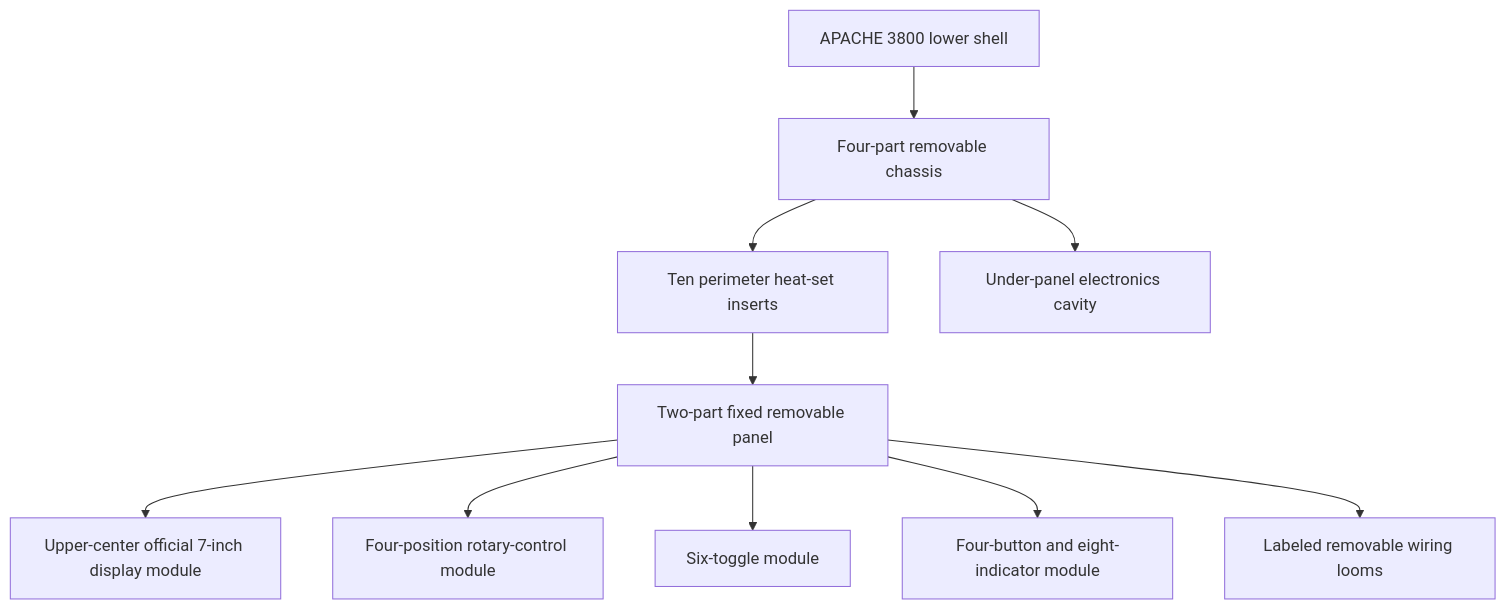
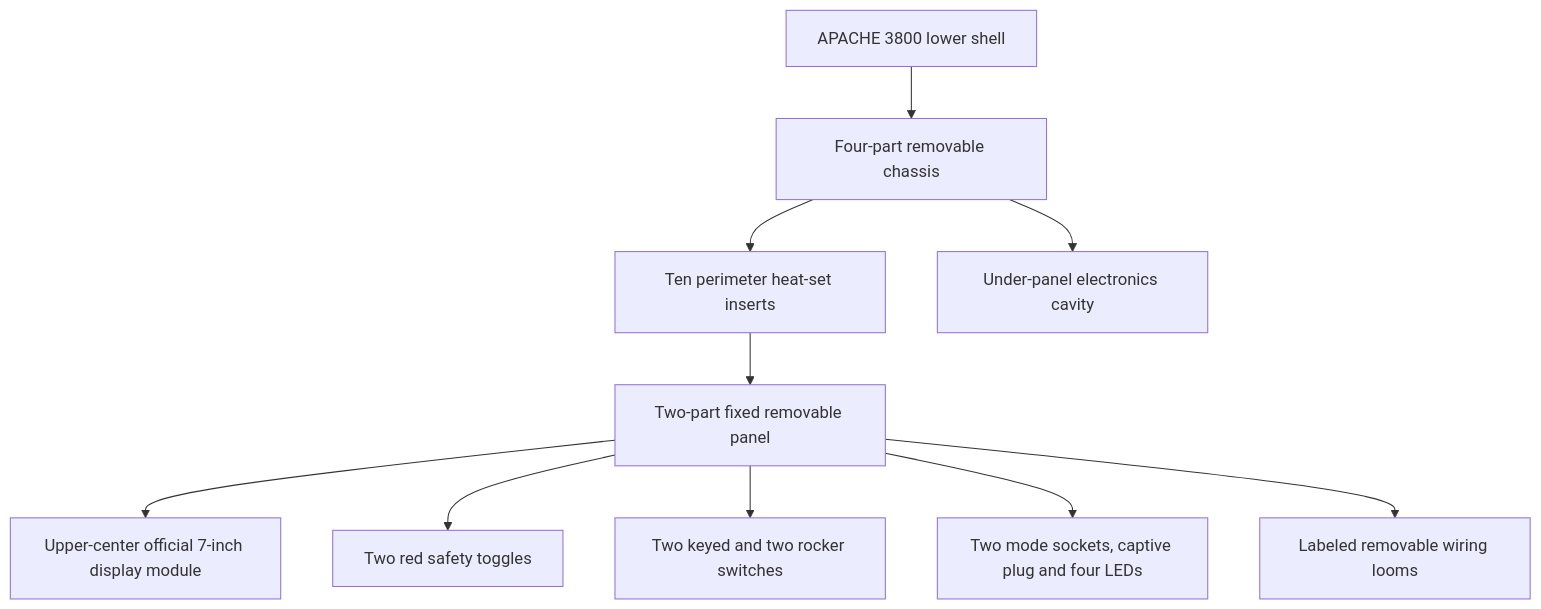
One commit to Andworx/Copilot-IoT-Game changed the third of 7 diagrams in 3d Models/apache case/DESIGN_DOCUMENT.md. Above: the diagram before and after it, drawn with Mermaid. The commit also changed other lines of this file and 37 other files, not shown here.

````diff
--- a/3d Models/apache case/DESIGN_DOCUMENT.md
+++ b/3d Models/apache case/DESIGN_DOCUMENT.md
@@ -246,12 +247,12 @@
 ```mermaid
 flowchart TB
     Case[APACHE 3800 lower shell] --> Frame[Four-part removable chassis]
     Frame --> Inserts[Ten perimeter heat-set inserts]
     Inserts --> Fixed[Two-part fixed removable panel]
     Fixed --> Screen[Upper-center official 7-inch display module]
-    Fixed --> Rotary[Four-position rotary-control module]
-    Fixed --> Toggle[Six-toggle module]
-    Fixed --> Utility[Four-button and eight-indicator module]
+    Fixed --> Safety[Two red safety toggles]
+    Fixed --> Keys[Two keyed and two rocker switches]
+    Fixed --> Utility[Two mode sockets, captive plug and four LEDs]
     Frame --> Electronics[Under-panel electronics cavity]
     Fixed --> Looms[Labeled removable wiring looms]
 ```
````
